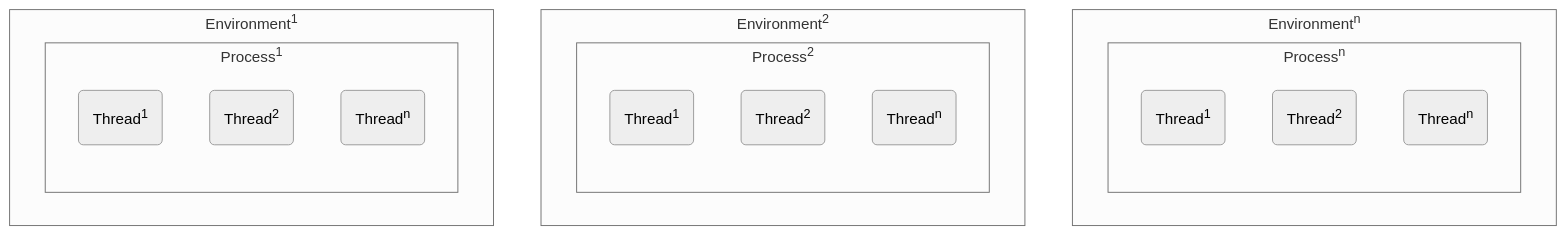
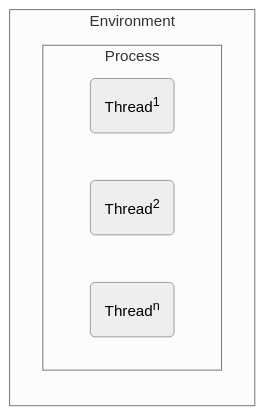
The diagram in content/posts/20230225-isolating-environment-variables-in-xunit-tests/index.md (jacobjmarks/thoughts), drawn with Mermaid (neutral theme) before and after one commit.

Commit message:
Update diagram

````diff
--- a/content/posts/20230225-isolating-environment-variables-in-xunit-tests/index.md
+++ b/content/posts/20230225-isolating-environment-variables-in-xunit-tests/index.md
@@ -53,24 +53,10 @@
 ``` mermaid
-flowchart TD
-    subgraph "Environment<sup>n</sup>"
-    subgraph "Process<sup>n</sup>"
-    E2P3T1("Thread<sup>1</sup>")
-    E2P3T2("Thread<sup>2</sup>")
-    E2P3TN("Thread<sup>n</sup>")
-    end
-    end
-    subgraph "Environment<sup>2</sup>"
-    subgraph "Process<sup>2</sup>"
-    E2P2T1("Thread<sup>1</sup>")
-    E2P2T2("Thread<sup>2</sup>")
-    E2P2TN("Thread<sup>n</sup>")
-    end
-    end
-    subgraph "Environment<sup>1</sup>"
-    subgraph "Process<sup>1</sup>"
-    E1P1T1("Thread<sup>1</sup>")
-    E1P1T2("Thread<sup>2</sup>")
-    E1P1TN("Thread<sup>n</sup>")
+flowchart LR
+    subgraph Environment
+    subgraph Process
+    T1("Thread<sup>1</sup>")
+    T2("Thread<sup>2</sup>")
+    Tn("Thread<sup>n</sup>")
     end
     end
 ```
````
